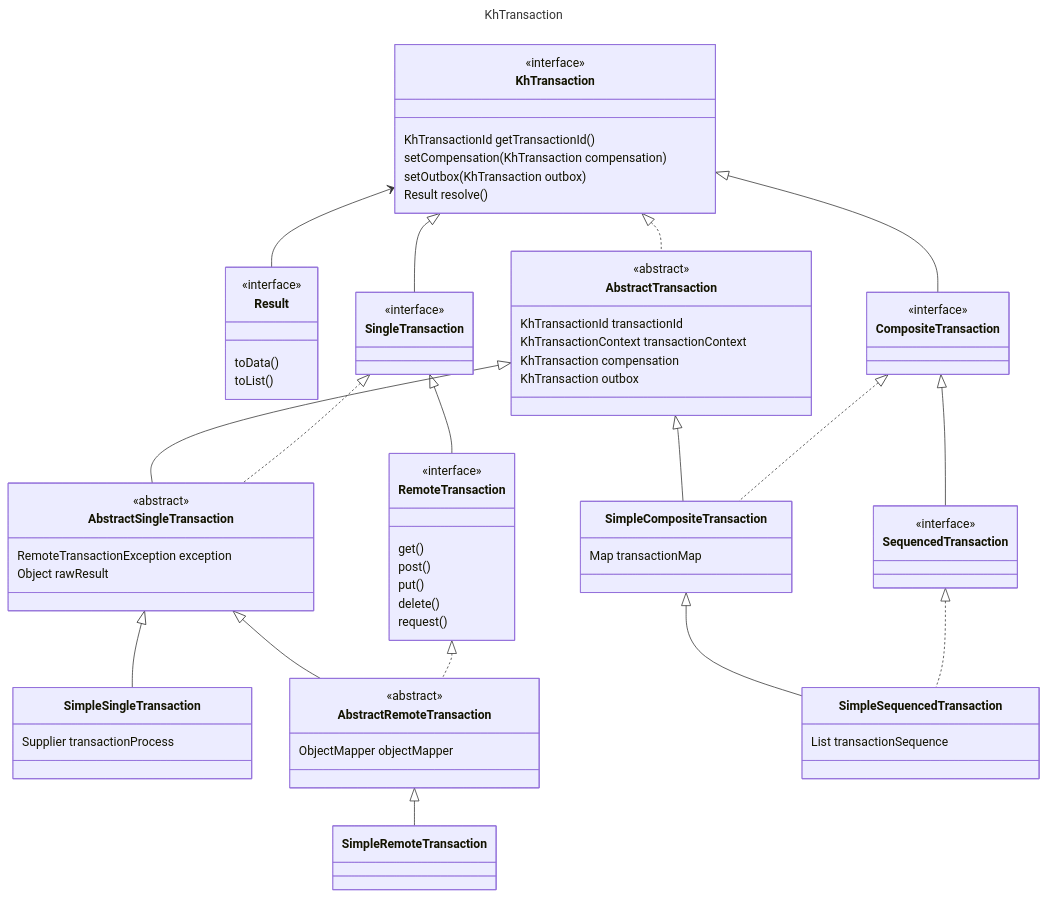
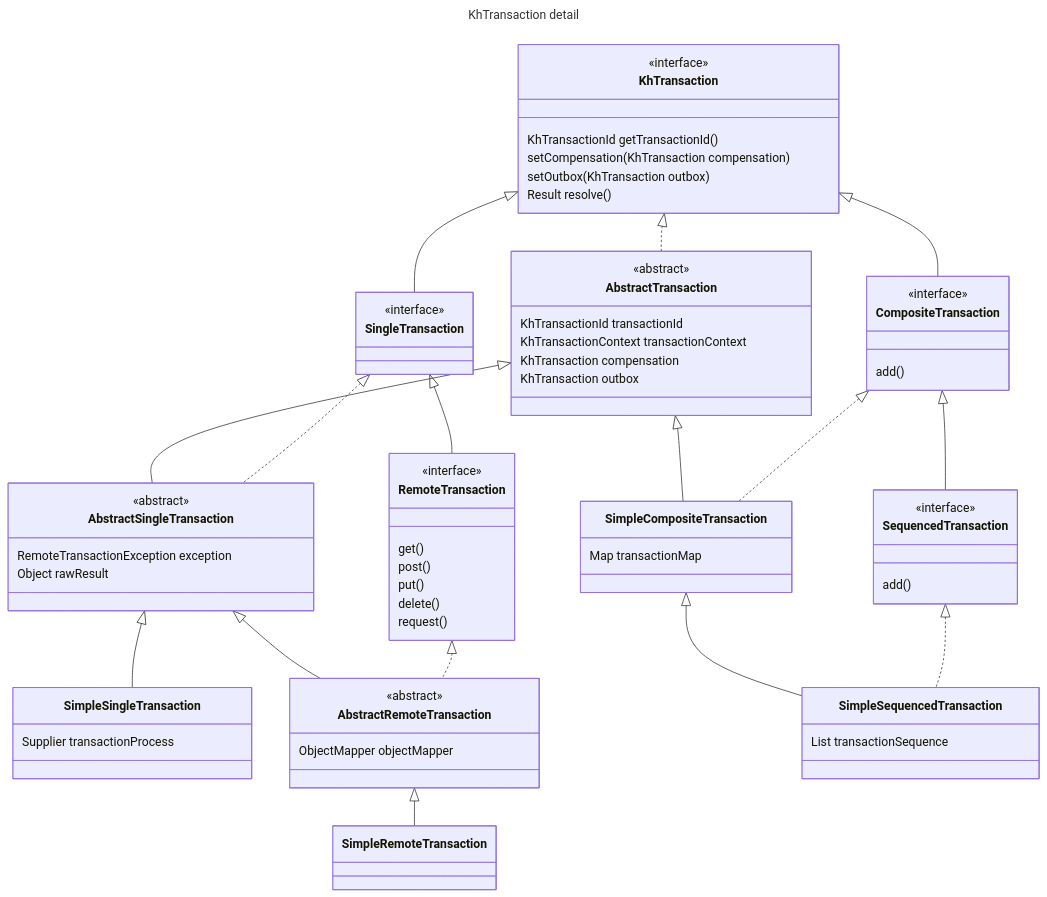
Before and after one commit to keyhub-projects/distributed-transaction-kit: the second of 5 diagrams in README.md, drawn with Mermaid. The commit also changed other lines of this file, not shown here.

````diff
--- a/README.md
+++ b/README.md
@@ -3,6 +44,6 @@
 ```mermaid
 ---
-title: KhTransaction
+title: KhTransaction detail
 ---
 classDiagram
     class KhTransaction {
@@ -12,13 +53,6 @@
         Result resolve()
     }
     <<interface>> KhTransaction
-
-    class Result {
-        toData()
-        toList()
-    }
-    <<interface>> Result
-    KhTransaction <-- Result
     
     class AbstractTransaction {
         KhTransactionId transactionId
@@ -73,6 +107,7 @@
 
 
     class CompositeTransaction {
+        add()
     }
     KhTransaction <|-- CompositeTransaction
     <<interface>> CompositeTransaction
@@ -84,6 +119,7 @@
     AbstractTransaction <|-- SimpleCompositeTransaction
 
     class SequencedTransaction {
+        add()
     }
     <<interface>> SequencedTransaction
     CompositeTransaction <|-- SequencedTransaction
````
